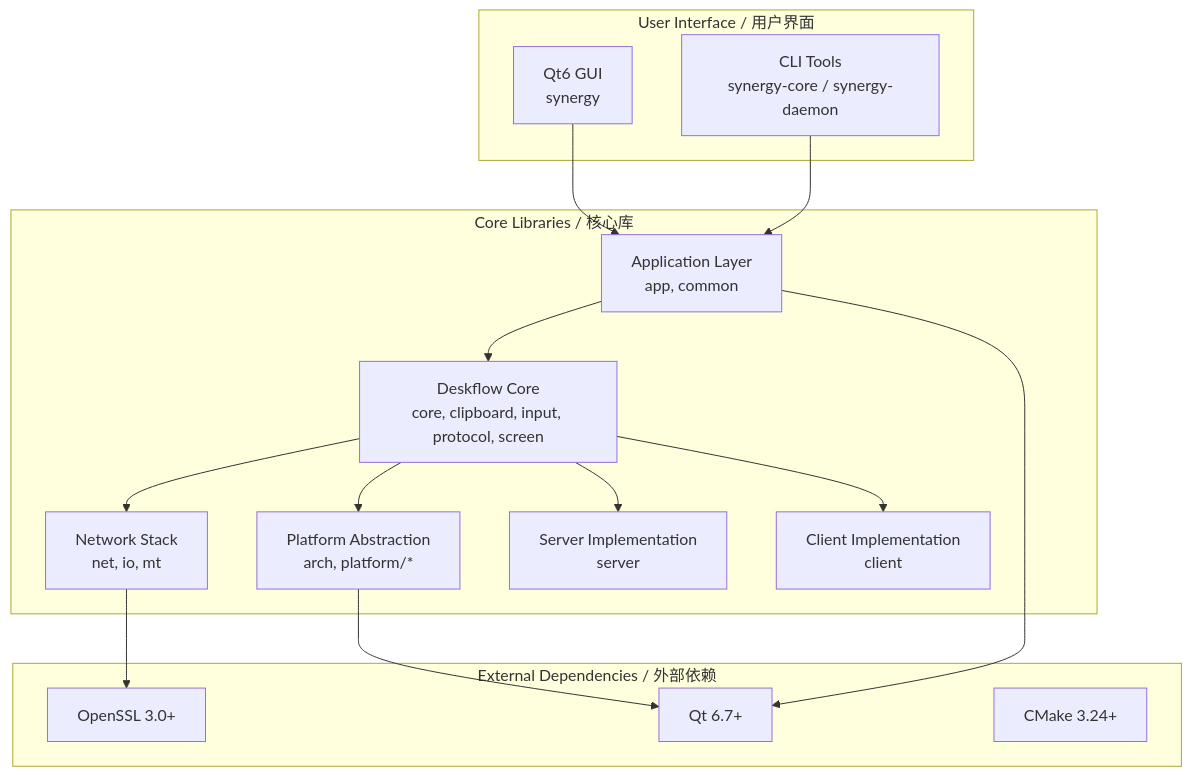
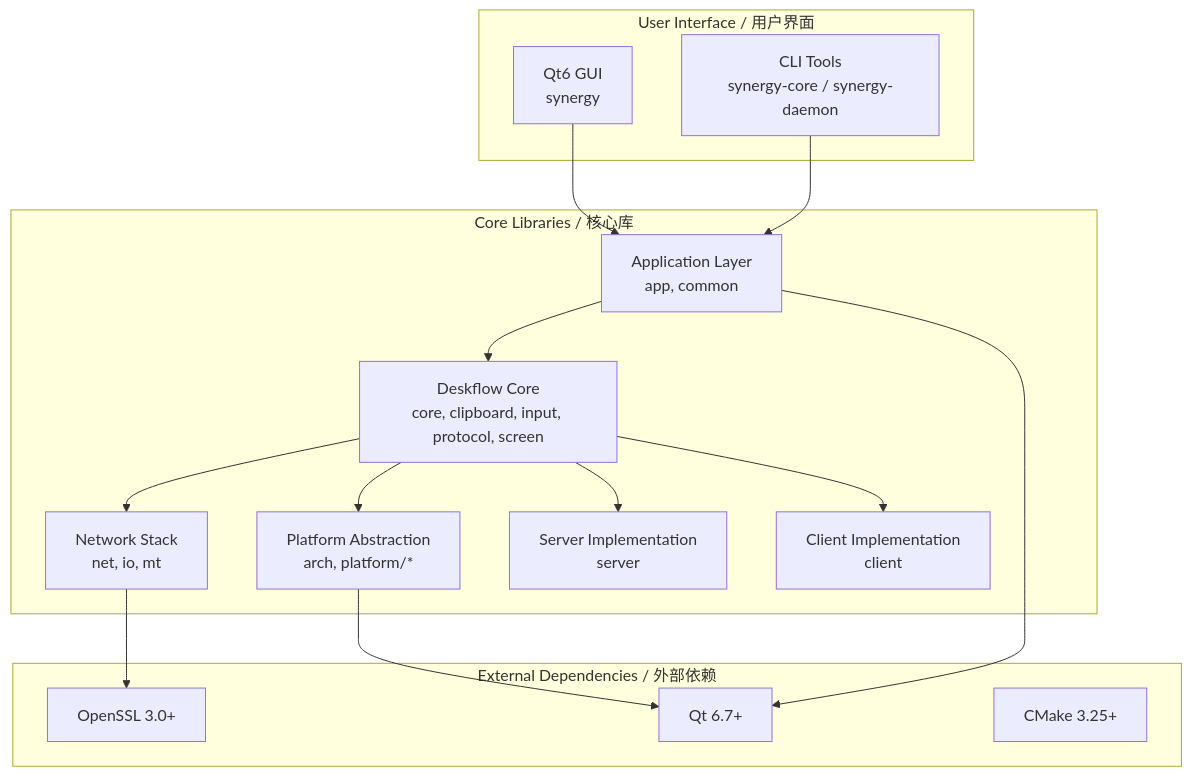
The diagram in synergy/README.md (Tupig/Tupig_synergy), drawn with Mermaid before and after one commit. The commit also changed other lines of this file and 8 other files, not shown here.

````diff
--- a/synergy/README.md
+++ b/synergy/README.md
@@ -55,33 +55,33 @@
 ```mermaid
 graph TB
     subgraph "User Interface / 用户界面"
         GUI[Qt6 GUI<br/>synergy]
         CLI[CLI Tools<br/>synergy-core / synergy-daemon]
     end
 
     subgraph "Core Libraries / 核心库"
         APP[Application Layer<br/>app, common]
         DESKFLOW[Deskflow Core<br/>core, clipboard, input, protocol, screen]
         NET[Network Stack<br/>net, io, mt]
         PLATFORM[Platform Abstraction<br/>arch, platform/*]
         SERVER[Server Implementation<br/>server]
         CLIENT[Client Implementation<br/>client]
     end
 
     subgraph "External Dependencies / 外部依赖"
         QT[Qt 6.7+]
         SSL[OpenSSL 3.0+]
-        CMAKE[CMake 3.24+]
+        CMAKE[CMake 3.25+]
     end
 
     GUI --> APP
     CLI --> APP
     APP --> DESKFLOW
     DESKFLOW --> NET
     DESKFLOW --> PLATFORM
     DESKFLOW --> SERVER
     DESKFLOW --> CLIENT
     NET --> SSL
     PLATFORM --> QT
     APP --> QT
 ```
````
